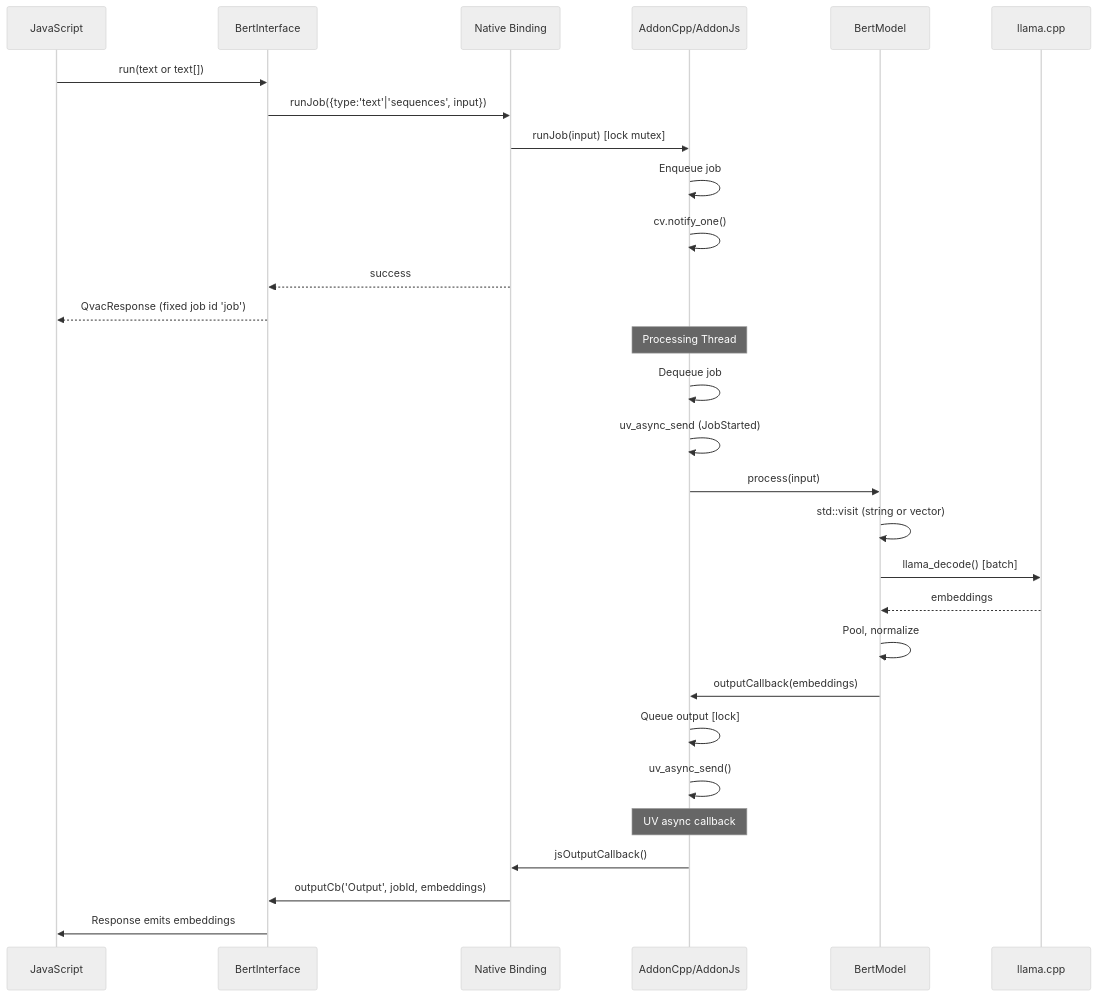
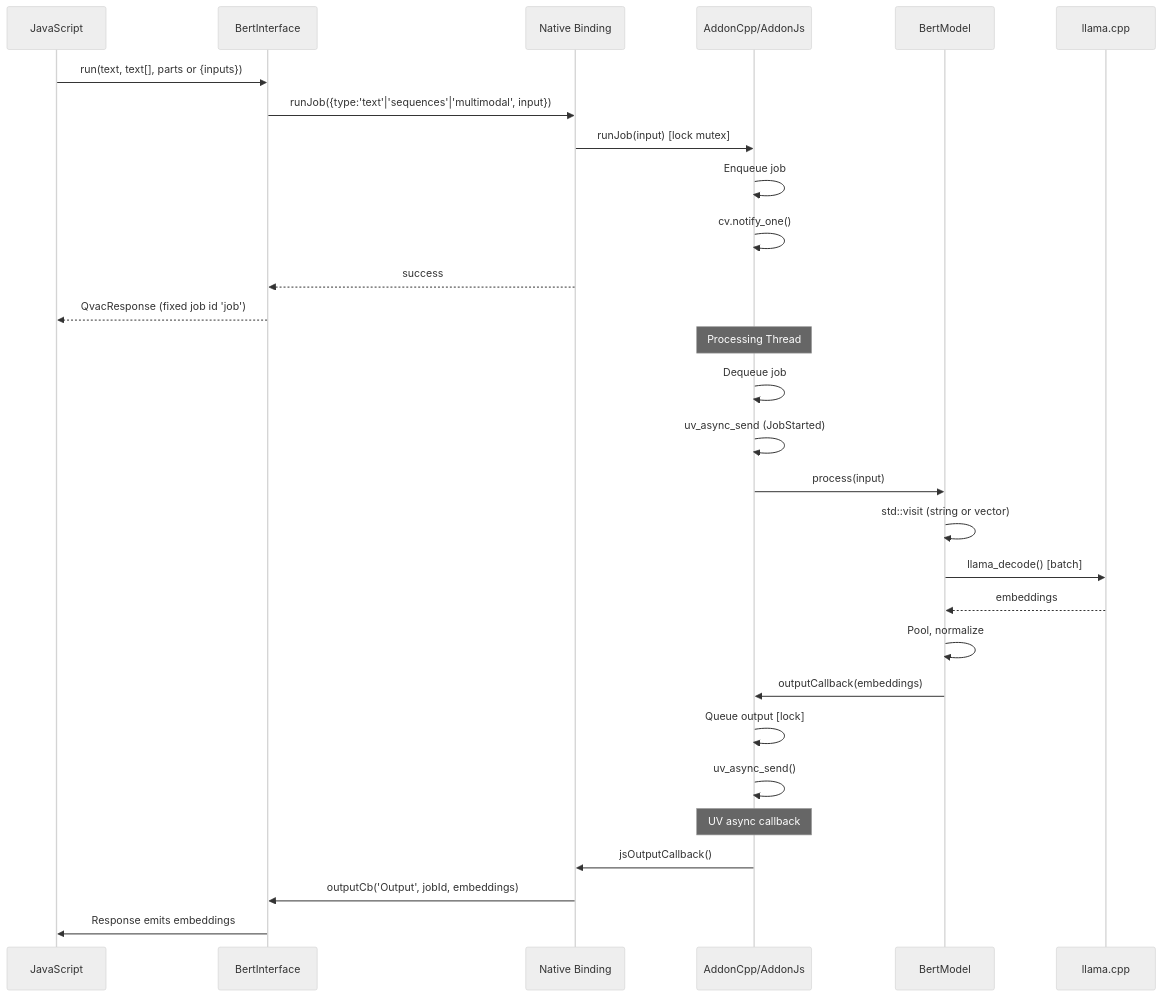
The fourth of 4 diagrams in packages/embed-llamacpp/docs/architecture.md (tetherto/qvac), drawn with Mermaid (neutral theme) before and after one commit. The commit also changed other lines of this file and 64 other files, not shown here.

````diff
--- a/packages/embed-llamacpp/docs/architecture.md
+++ b/packages/embed-llamacpp/docs/architecture.md
@@ -503,35 +497,35 @@
 ```mermaid
 sequenceDiagram
     participant JS as JavaScript
     participant IF as BertInterface
     participant Bind as Native Binding
     participant Addon as AddonCpp/AddonJs
     participant Model as BertModel
     participant Llama as llama.cpp
     
-    JS->>IF: run(text or text[])
-    IF->>Bind: runJob({type:'text'|'sequences', input})
+    JS->>IF: run(text, text[], parts or {inputs})
+    IF->>Bind: runJob({type:'text'|'sequences'|'multimodal', input})
     Bind->>Addon: runJob(input) [lock mutex]
     Addon->>Addon: Enqueue job
     Addon->>Addon: cv.notify_one()
     Bind-->>IF: success
     IF-->>JS: QvacResponse (fixed job id 'job')
     
     Note over Addon: Processing Thread
     Addon->>Addon: Dequeue job
     Addon->>Addon: uv_async_send (JobStarted)
     
     Addon->>Model: process(input)
     Model->>Model: std::visit (string or vector)
     Model->>Llama: llama_decode() [batch]
     Llama-->>Model: embeddings
     Model->>Model: Pool, normalize
     Model->>Addon: outputCallback(embeddings)
     Addon->>Addon: Queue output [lock]
     Addon->>Addon: uv_async_send()
     
     Note over Addon: UV async callback
     Addon->>Bind: jsOutputCallback()
     Bind->>IF: outputCb('Output', jobId, embeddings)
     IF->>JS: Response emits embeddings
 ```
````
